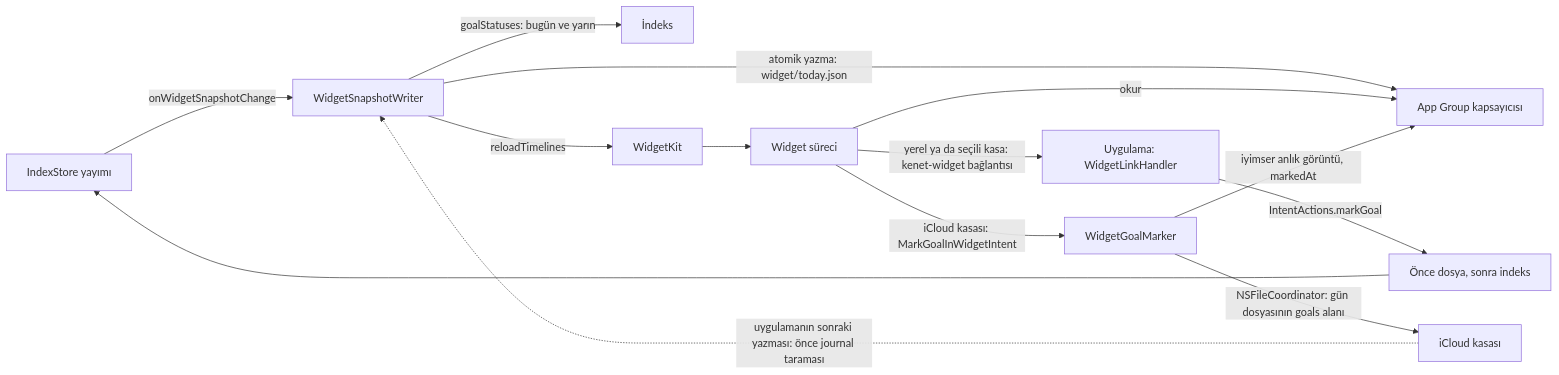
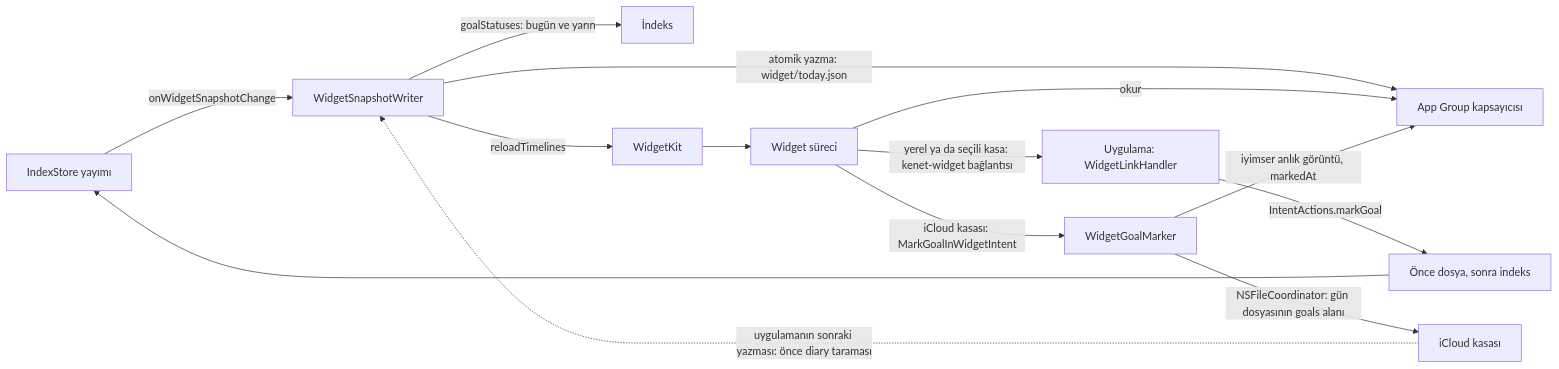
One commit to dogancanyildiz/kenet changed diagram 20 of 21 in docs/architecture.md. Above: the diagram before and after it, drawn with Mermaid. The commit also changed other lines of this file and 1289 other files, not shown here.

First line of the commit message:
chore: Journal adı kalkar; Günlük Diary, kasa diary/ (#400)

````diff
--- a/docs/architecture.md
+++ b/docs/architecture.md
@@ -1168,16 +1187,16 @@
 ```mermaid
 flowchart LR
   Yayim["IndexStore yayımı"] -->|"onWidgetSnapshotChange"| Yazici["WidgetSnapshotWriter"]
   Yazici -->|"goalStatuses: bugün ve yarın"| Indeks["İndeks"]
   Yazici -->|"atomik yazma: widget/today.json"| Grup["App Group kapsayıcısı"]
   Yazici -->|"reloadTimelines"| WK["WidgetKit"]
   WK --> Widget["Widget süreci"]
   Widget -->|"okur"| Grup
   Widget -->|"yerel ya da seçili kasa: kenet-widget bağlantısı"| Uygulama["Uygulama: WidgetLinkHandler"]
   Uygulama -->|"IntentActions.markGoal"| Yazma["Önce dosya, sonra indeks"]
   Yazma --> Yayim
   Widget -->|"iCloud kasası: MarkGoalInWidgetIntent"| Isaret["WidgetGoalMarker"]
   Isaret -->|"NSFileCoordinator: gün dosyasının goals alanı"| Kasa["iCloud kasası"]
   Isaret -->|"iyimser anlık görüntü, markedAt"| Grup
-  Kasa -.->|"uygulamanın sonraki yazması: önce journal taraması"| Yazici
+  Kasa -.->|"uygulamanın sonraki yazması: önce diary taraması"| Yazici
 ```
````
